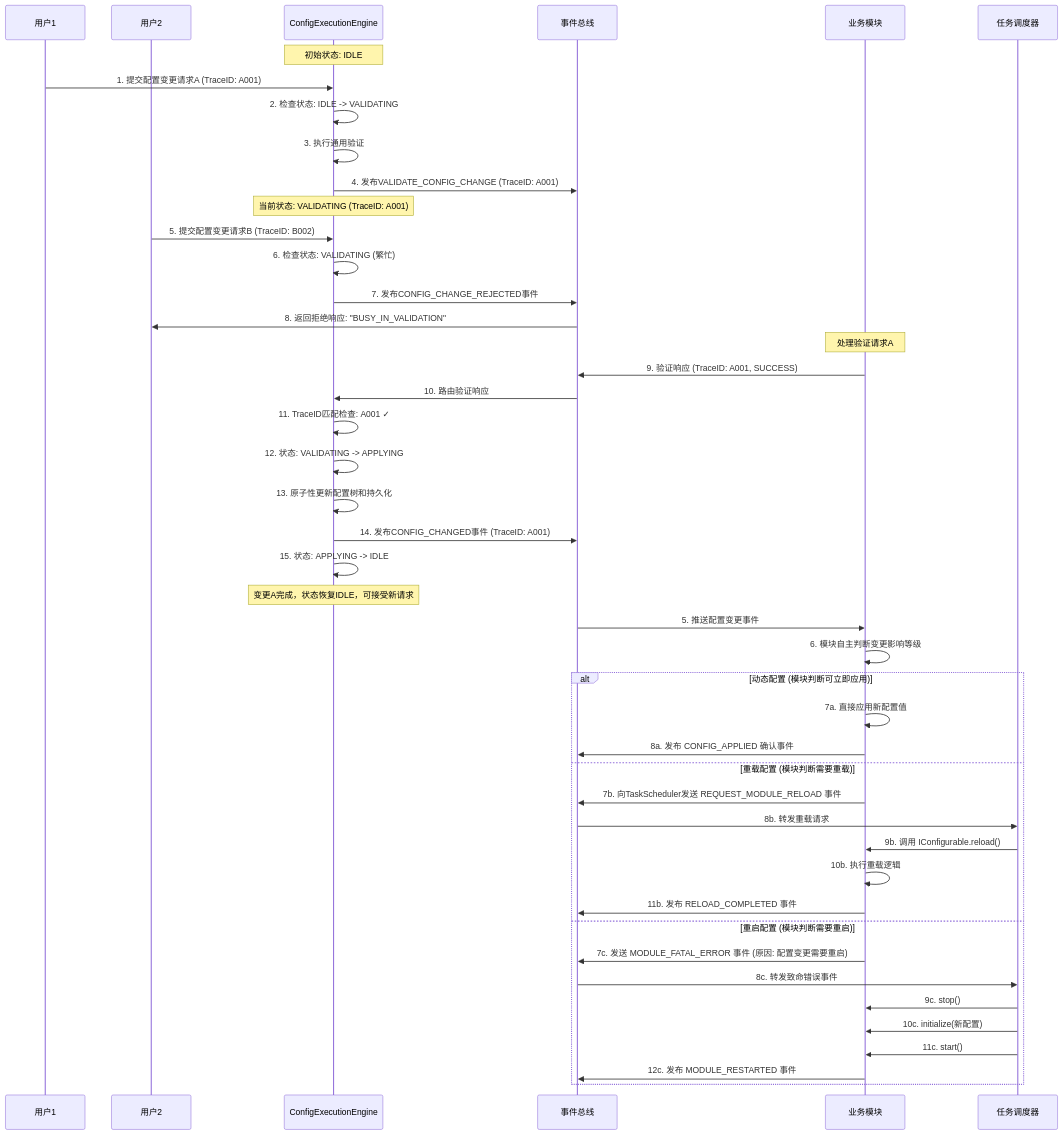
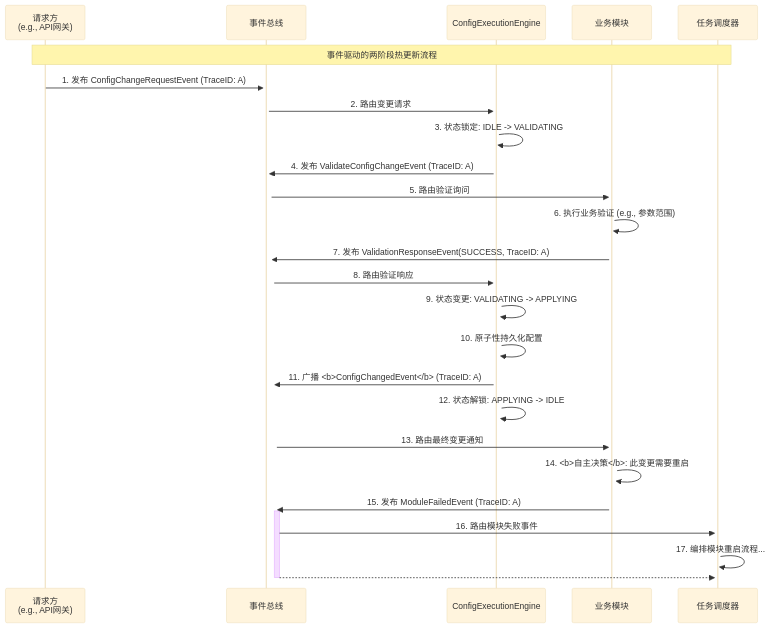
One commit to wendizhou99-cell/Radar changed the sixth of 8 diagrams in docs/01_项目设计/02_模块设计/06_配置管理模块设计.md. Above: the diagram before and after it, drawn with Mermaid. The commit also changed other lines of this file and 26 other files, not shown here.

First line of the commit message:
docs: 完成数据架构文档系列重构和Mermaid可视化指南增强

````diff
--- a/docs/01_项目设计/02_模块设计/06_配置管理模块设计.md
+++ b/docs/01_项目设计/02_模块设计/06_配置管理模块设计.md
@@ -1035,57 +408,41 @@
 ```mermaid
+---
+  config:
+    theme: base
+    flowchart:
+      curve: basis
+---
 sequenceDiagram
-    participant User1 as 用户1
-    participant User2 as 用户2
+    participant Requester as 请求方<br/>(e.g., API网关)
+    participant EventBus as 事件总线
     participant ConfigEngine as ConfigExecutionEngine
-    participant EventBus as 事件总线
     participant BusinessModule as 业务模块
     participant TaskScheduler as 任务调度器
 
-    Note over ConfigEngine: 初始状态: IDLE
+    Note over Requester, TaskScheduler: 事件驱动的两阶段热更新流程
 
-    User1->>ConfigEngine: 1. 提交配置变更请求A (TraceID: A001)
-    ConfigEngine->>ConfigEngine: 2. 检查状态: IDLE -> VALIDATING
-    ConfigEngine->>ConfigEngine: 3. 执行通用验证
-    ConfigEngine->>EventBus: 4. 发布VALIDATE_CONFIG_CHANGE (TraceID: A001)
+    Requester->>+EventBus: 1. 发布 ConfigChangeRequestEvent (TraceID: A)
+    EventBus->>+ConfigEngine: 2. 路由变更请求
 
-    Note over ConfigEngine: 当前状态: VALIDATING (TraceID: A001)
+    ConfigEngine->>ConfigEngine: 3. 状态锁定: IDLE -> VALIDATING
+    ConfigEngine->>+EventBus: 4. 发布 ValidateConfigChangeEvent (TraceID: A)
 
-    User2->>ConfigEngine: 5. 提交配置变更请求B (TraceID: B002)
-    ConfigEngine->>ConfigEngine: 6. 检查状态: VALIDATING (繁忙)
-    ConfigEngine->>EventBus: 7. 发布CONFIG_CHANGE_REJECTED事件
-    EventBus->>User2: 8. 返回拒绝响应: "BUSY_IN_VALIDATION"
+    EventBus->>+BusinessModule: 5. 路由验证询问
+    BusinessModule->>BusinessModule: 6. 执行业务验证 (e.g., 参数范围)
+    BusinessModule->>+EventBus: 7. 发布 ValidationResponseEvent(SUCCESS, TraceID: A)
+    EventBus->>+ConfigEngine: 8. 路由验证响应
 
-    Note over BusinessModule: 处理验证请求A
-    BusinessModule->>EventBus: 9. 验证响应 (TraceID: A001, SUCCESS)
-    EventBus->>ConfigEngine: 10. 路由验证响应
-    ConfigEngine->>ConfigEngine: 11. TraceID匹配检查: A001 ✓
-    ConfigEngine->>ConfigEngine: 12. 状态: VALIDATING -> APPLYING
-    ConfigEngine->>ConfigEngine: 13. 原子性更新配置树和持久化
-    ConfigEngine->>EventBus: 14. 发布CONFIG_CHANGED事件 (TraceID: A001)
-    ConfigEngine->>ConfigEngine: 15. 状态: APPLYING -> IDLE
+    ConfigEngine->>ConfigEngine: 9. 状态变更: VALIDATING -> APPLYING
+    ConfigEngine->>ConfigEngine: 10. 原子性持久化配置
+    ConfigEngine->>+EventBus: 11. 广播 <b>ConfigChangedEvent</b> (TraceID: A)
+    ConfigEngine->>ConfigEngine: 12. 状态解锁: APPLYING -> IDLE
 
-    Note over ConfigEngine: 变更A完成，状态恢复IDLE，可接受新请求
+    EventBus->>+BusinessModule: 13. 路由最终变更通知
+    BusinessModule->>BusinessModule: 14. <b>自主决策</b>: 此变更需要重启
+    BusinessModule->>+EventBus: 15. 发布 ModuleFailedEvent (TraceID: A)
 
-    EventBus->>BusinessModule: 5. 推送配置变更事件
-    BusinessModule->>BusinessModule: 6. 模块自主判断变更影响等级
+    EventBus->>+TaskScheduler: 16. 路由模块失败事件
+    TaskScheduler->>TaskScheduler: 17. 编排模块重启流程...
 
-    alt 动态配置 (模块判断可立即应用)
-        BusinessModule->>BusinessModule: 7a. 直接应用新配置值
-        BusinessModule->>EventBus: 8a. 发布 CONFIG_APPLIED 确认事件
-
-    else 重载配置 (模块判断需要重载)
-        BusinessModule->>EventBus: 7b. 向TaskScheduler发送 REQUEST_MODULE_RELOAD 事件
-        EventBus->>TaskScheduler: 8b. 转发重载请求
-        TaskScheduler->>BusinessModule: 9b. 调用 IConfigurable.reload()
-        BusinessModule->>BusinessModule: 10b. 执行重载逻辑
-        BusinessModule->>EventBus: 11b. 发布 RELOAD_COMPLETED 事件
-
-    else 重启配置 (模块判断需要重启)
-        BusinessModule->>EventBus: 7c. 发送 MODULE_FATAL_ERROR 事件 (原因: 配置变更需要重启)
-        EventBus->>TaskScheduler: 8c. 转发致命错误事件
-        TaskScheduler->>BusinessModule: 9c. stop()
-        TaskScheduler->>BusinessModule: 10c. initialize(新配置)
-        TaskScheduler->>BusinessModule: 11c. start()
-        BusinessModule->>EventBus: 12c. 发布 MODULE_RESTARTED 事件
-    end
+    EventBus-->>-TaskScheduler:
 ```
````
